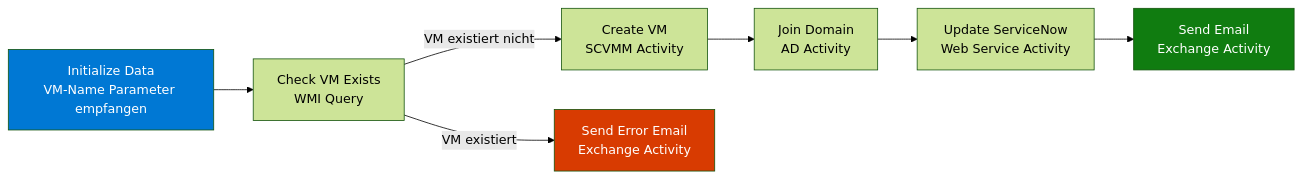
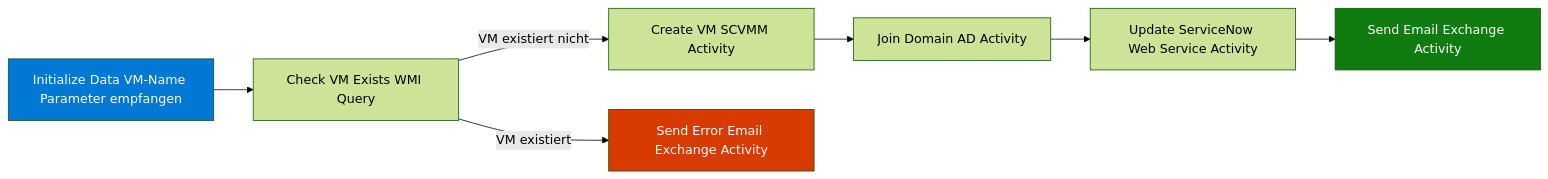
One commit to SoniiiT/notes-n-docs changed the second of 2 diagrams in Microsoft 365/System Center/System Center Orchestrator.md. Above: the diagram before and after it, drawn with Mermaid (forest theme). The commit also changed other lines of this file and 124 other files, not shown here.

First line of the commit message:
fix: Entferne \n aus allen Mermaid-Diagrammen (125 Dateien)

````diff
--- a/Microsoft 365/System Center/System Center Orchestrator.md
+++ b/Microsoft 365/System Center/System Center Orchestrator.md
@@ -86,13 +86,13 @@
 ```mermaid
 flowchart LR
-    START[Initialize Data\nVM-Name Parameter empfangen] --> CHECK[Check VM Exists\nWMI Query]
-    CHECK -->|VM existiert nicht| CREATE[Create VM\nSCVMM Activity]
-    CREATE --> DOMAIN[Join Domain\nAD Activity]
-    DOMAIN --> TICKET[Update ServiceNow\nWeb Service Activity]
-    TICKET --> NOTIFY[Send Email\nExchange Activity]
-    CHECK -->|VM existiert| FAIL[Send Error Email\nExchange Activity]
+    START[Initialize Data VM-Name Parameter empfangen] --> CHECK[Check VM Exists WMI Query]
+    CHECK -->|VM existiert nicht| CREATE[Create VM SCVMM Activity]
+    CREATE --> DOMAIN[Join Domain AD Activity]
+    DOMAIN --> TICKET[Update ServiceNow Web Service Activity]
+    TICKET --> NOTIFY[Send Email Exchange Activity]
+    CHECK -->|VM existiert| FAIL[Send Error Email Exchange Activity]
 
     style START fill:#0078D4,color:#fff
     style NOTIFY fill:#107C10,color:#fff
     style FAIL fill:#D83B01,color:#fff
 ```
````
